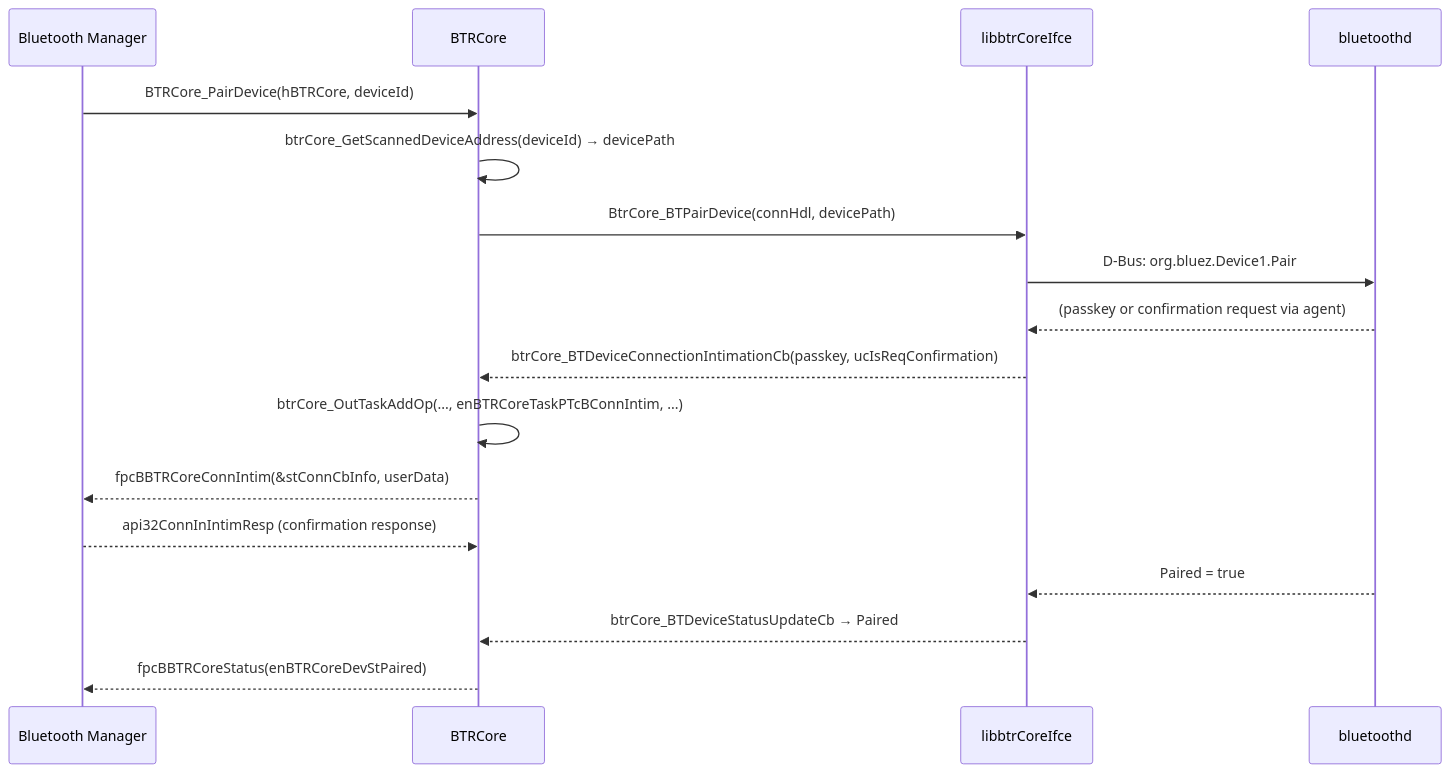
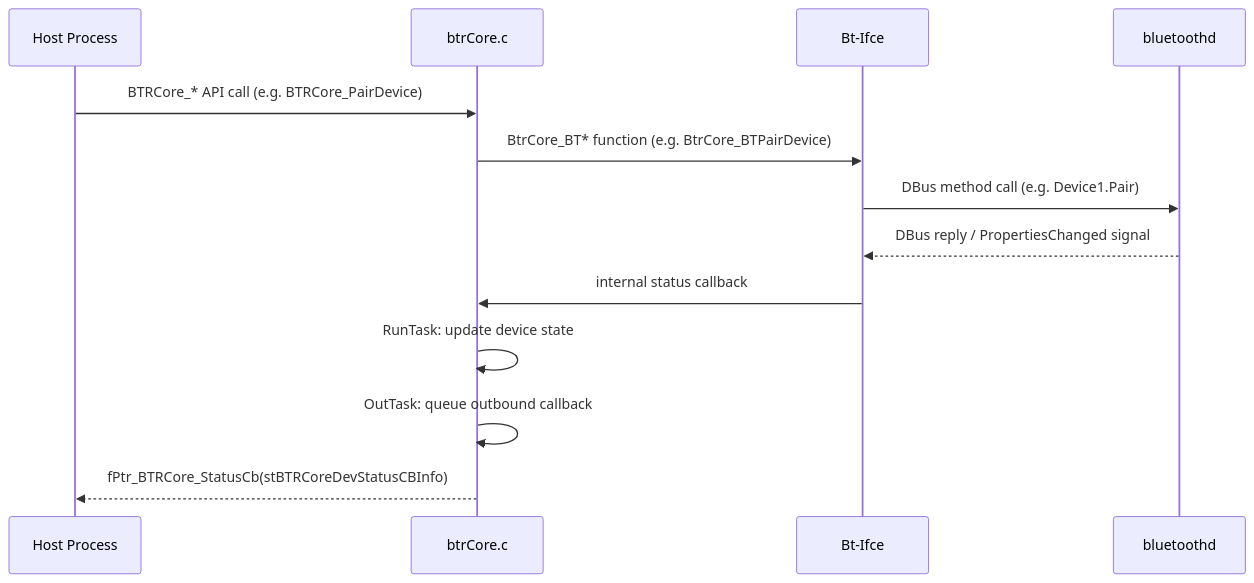
One commit to rns21/RDK_Documentation changed the sixth of 7 diagrams in docs/docu/RDKV-Documentations/bluetooth-core.md. Above: the diagram before and after it, drawn with Mermaid. The commit also changed other lines of this file, not shown here.

````diff
--- a/docs/docu/RDKV-Documentations/bluetooth-core.md
+++ b/docs/docu/RDKV-Documentations/bluetooth-core.md
@@ -626,20 +282,16 @@
 ```mermaid
 sequenceDiagram
-    participant Mgr as Bluetooth Manager
-    participant Core as BTRCore
-    participant Ifce as libbtrCoreIfce
+    participant Host as Host Process
+    participant BTRCore as btrCore.c
+    participant BtIfce as Bt-Ifce
     participant BlueZ as bluetoothd
 
-    Mgr->>Core: BTRCore_PairDevice(hBTRCore, deviceId)
-    Core->>Core: btrCore_GetScannedDeviceAddress(deviceId) → devicePath
-    Core->>Ifce: BtrCore_BTPairDevice(connHdl, devicePath)
-    Ifce->>BlueZ: D-Bus: org.bluez.Device1.Pair
-    BlueZ-->>Ifce: (passkey or confirmation request via agent)
-    Ifce-->>Core: btrCore_BTDeviceConnectionIntimationCb(passkey, ucIsReqConfirmation)
-    Core->>Core: btrCore_OutTaskAddOp(..., enBTRCoreTaskPTcBConnIntim, ...)
-    Core-->>Mgr: fpcBBTRCoreConnIntim(&stConnCbInfo, userData)
-    Mgr-->>Core: api32ConnInIntimResp (confirmation response)
-    BlueZ-->>Ifce: Paired = true
-    Ifce-->>Core: btrCore_BTDeviceStatusUpdateCb → Paired
-    Core-->>Mgr: fpcBBTRCoreStatus(enBTRCoreDevStPaired)
+    Host->>BTRCore: BTRCore_* API call (e.g. BTRCore_PairDevice)
+    BTRCore->>BtIfce: BtrCore_BT* function (e.g. BtrCore_BTPairDevice)
+    BtIfce->>BlueZ: DBus method call (e.g. Device1.Pair)
+    BlueZ-->>BtIfce: DBus reply / PropertiesChanged signal
+    BtIfce->>BTRCore: internal status callback
+    BTRCore->>BTRCore: RunTask: update device state
+    BTRCore->>BTRCore: OutTask: queue outbound callback
+    BTRCore-->>Host: fPtr_BTRCore_StatusCb(stBTRCoreDevStatusCBInfo)
 ```
````
